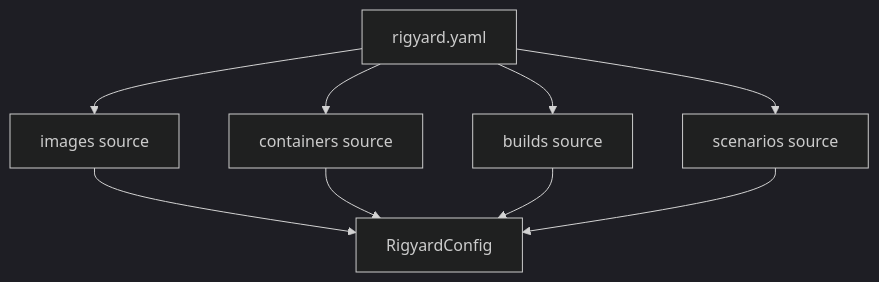
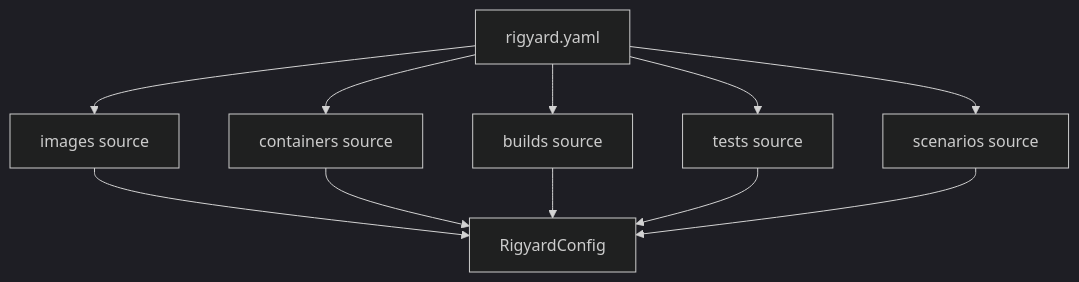
The first of 2 diagrams in docs/development/architecture.md (zz990099/Rigyard), drawn with Mermaid (dark theme) before and after one commit. The commit also changed other lines of this file and 37 other files, not shown here.

````diff
--- a/docs/development/architecture.md
+++ b/docs/development/architecture.md
@@ -7,11 +7,13 @@
 ```mermaid
 flowchart TD
     A[rigyard.yaml] --> B[images source]
     A --> C[containers source]
     A --> D[builds source]
-    A --> E[scenarios source]
+    A --> E[tests source]
+    A --> G[scenarios source]
     B --> F[RigyardConfig]
     C --> F
     D --> F
     E --> F
+    G --> F
 ```
````
